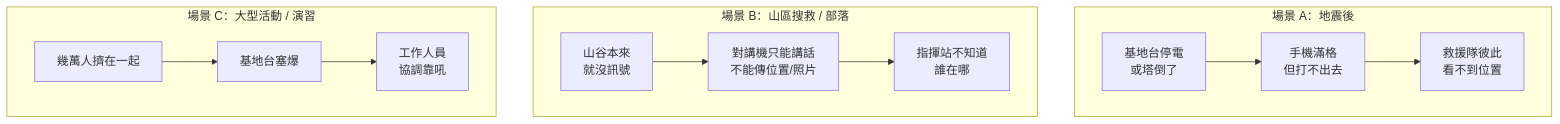
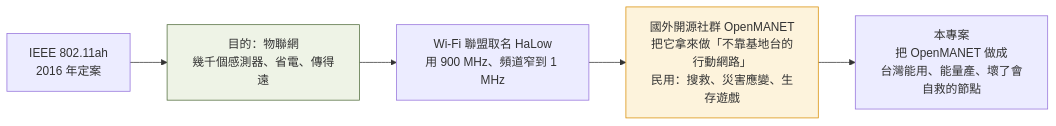
One commit to winson3QQ/Batman changed the first of 2 diagrams in docs/curriculum/week1.md. Above: the diagram before and after it, drawn with Mermaid. The commit also changed other lines of this file and 4 other files, not shown here.

````diff
--- a/docs/curriculum/week1.md
+++ b/docs/curriculum/week1.md
@@ -10,12 +19,9 @@
 ```mermaid
-flowchart TB
-  subgraph A[場景 A：地震後]
-    A1[基地台停電<br/>或塔倒了] --> A2[手機滿格<br/>但打不出去] --> A3[救援隊彼此<br/>看不到位置]
-  end
-  subgraph B[場景 B：山區搜救 / 部落]
-    B1[山谷本來<br/>就沒訊號] --> B2[對講機只能講話<br/>不能傳位置/照片] --> B3[指揮站不知道<br/>誰在哪]
-  end
-  subgraph C[場景 C：大型活動 / 演習]
-    C1[幾萬人擠在一起] --> C2[基地台塞爆] --> C3[工作人員<br/>協調靠吼]
-  end
+flowchart LR
+  A[IEEE 802.11ah<br/>2016 年定案] --> B[目的：物聯網<br/>幾千個感測器、省電、傳得遠]
+  B --> C[Wi-Fi 聯盟取名 HaLow<br/>用 900 MHz、頻道窄到 1 MHz]
+  C --> D[國外開源社群 OpenMANET<br/>把它拿來做「不靠基地台的行動網路」<br/>民用：搜救、災害應變、生存遊戲]
+  D --> E[本專案<br/>把 OpenMANET 做成<br/>台灣能用、能量產、壞了會自救的節點]
+  style B fill:#eef3e6,stroke:#4f6b3a
+  style D fill:#fdf3dc,stroke:#d98e04
 ```
````
